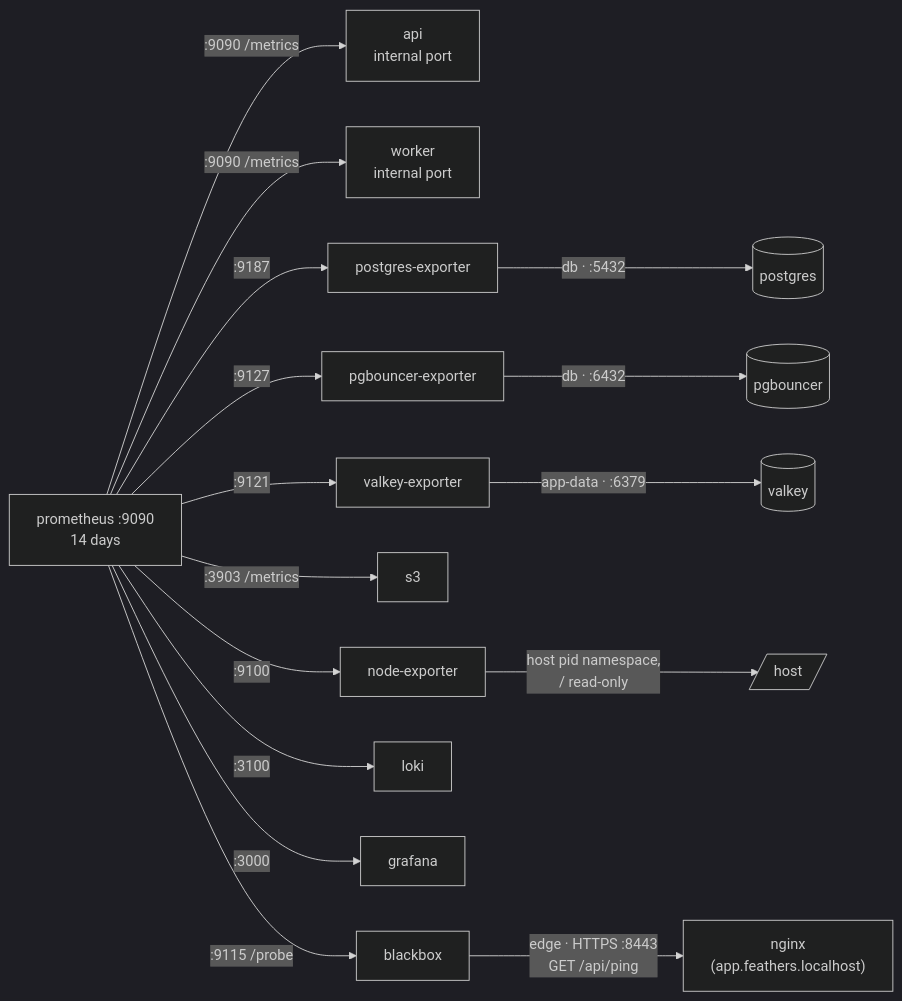
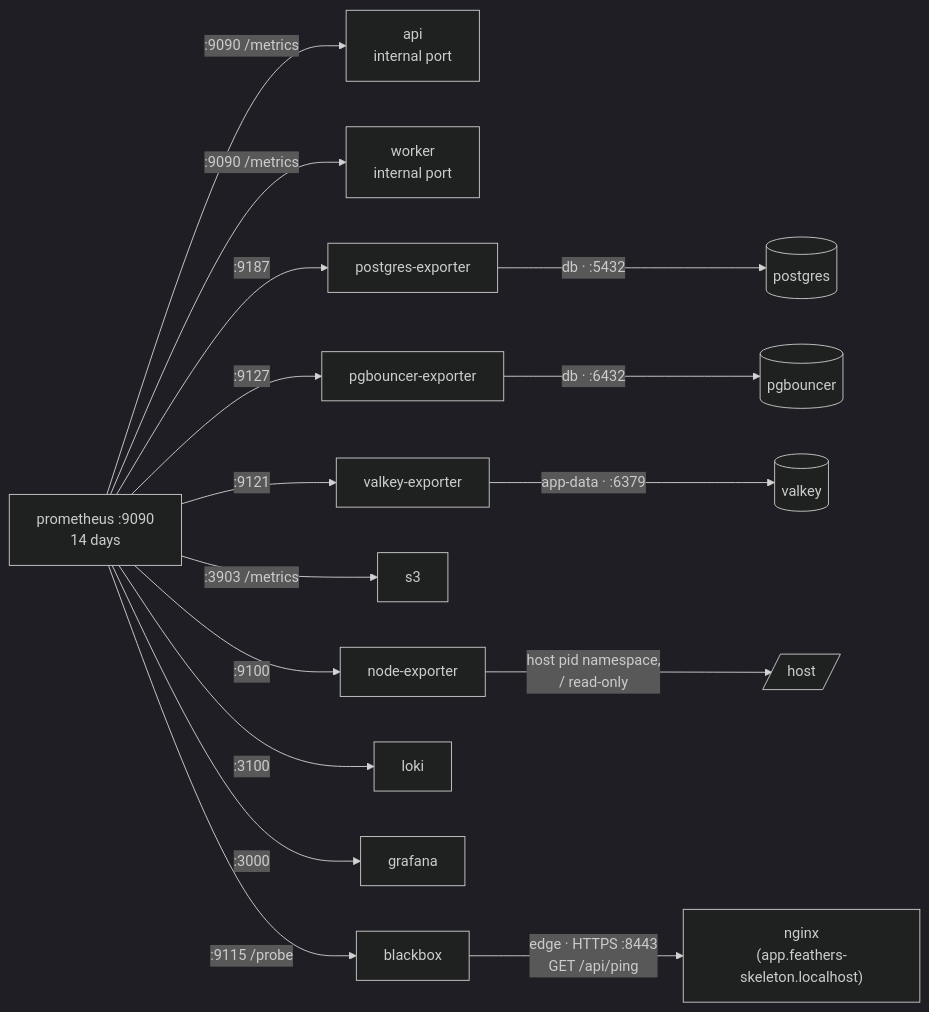
The first of 3 diagrams in docs/adr_v2/diagrams/observability.md (rabalyn/feathers-skeleton-stack), drawn with Mermaid (dark theme) before and after one commit. The commit also changed other lines of this file and 23 other files, not shown here.

First line of the commit message:
feat(stack): name the skeleton's project feathers-skeleton (ADR 0035)

````diff
--- a/docs/adr_v2/diagrams/observability.md
+++ b/docs/adr_v2/diagrams/observability.md
@@ -9,21 +9,21 @@
 ```mermaid
 flowchart LR
   prom["prometheus :9090<br>14 days"]
 
   prom -->|":9090 /metrics"| api["api<br>internal port"]
   prom -->|":9090 /metrics"| worker["worker<br>internal port"]
   prom -->|":9187"| pgExp["postgres-exporter"]
   prom -->|":9127"| pgbExp["pgbouncer-exporter"]
   prom -->|":9121"| vkExp["valkey-exporter"]
   prom -->|":3903 /metrics"| s3["s3"]
   prom -->|":9100"| node["node-exporter"]
   prom -->|":3100"| loki["loki"]
   prom -->|":3000"| grafana["grafana"]
   prom -->|":9115 /probe"| bb["blackbox"]
 
   pgExp -->|"db · :5432"| postgres[("postgres")]
   pgbExp -->|"db · :6432"| pgbouncer[("pgbouncer")]
   vkExp -->|"app-data · :6379"| valkey[("valkey")]
   node -->|"host pid namespace,<br>/ read-only"| hostfs[/"host"/]
-  bb -->|"edge · HTTPS :8443<br>GET /api/ping"| nginx["nginx<br>(app.feathers.localhost)"]
+  bb -->|"edge · HTTPS :8443<br>GET /api/ping"| nginx["nginx<br>(app.feathers-skeleton.localhost)"]
 ```
````
